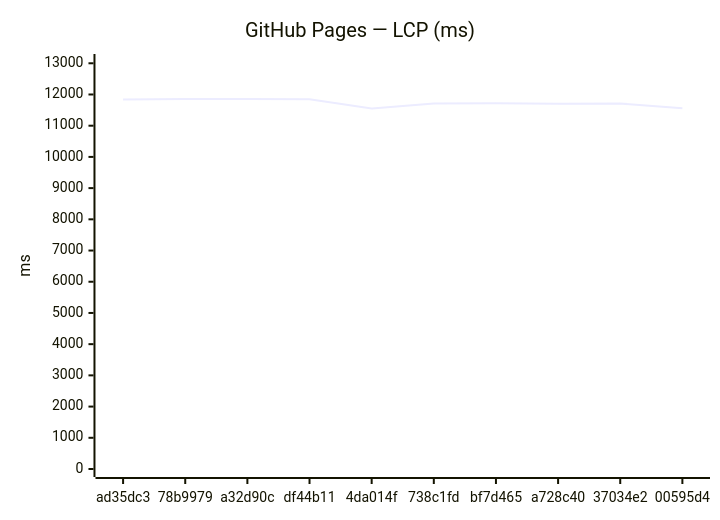
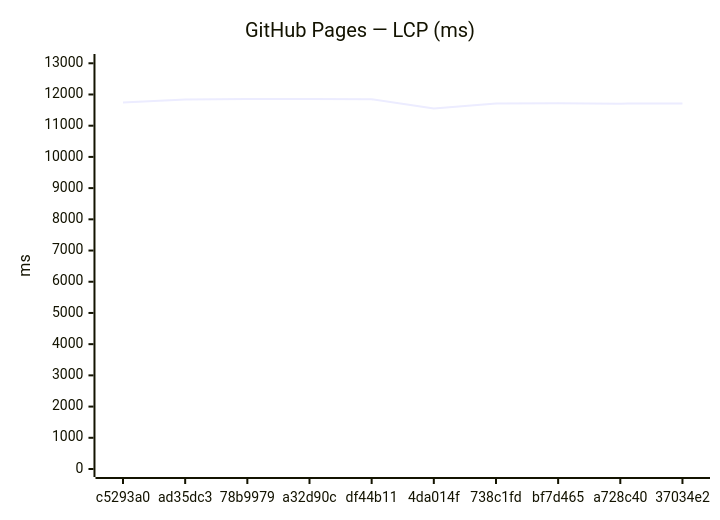
One commit to Metaheurist/Rianell changed the third of 24 diagrams in benchmarks/compare.md. Above: the diagram before and after it, drawn with Mermaid. The commit also changed other lines of this file and 14 other files, not shown here.

````diff
--- a/benchmarks/compare.md
+++ b/benchmarks/compare.md
@@ -54,7 +54,7 @@
 ```mermaid
 xychart-beta
     title "GitHub Pages — LCP (ms)"
-    x-axis ["ad35dc3", "78b9979", "a32d90c", "df44b11", "4da014f", "738c1fd", "bf7d465", "a728c40", "37034e2", "00595d4"]
+    x-axis ["c5293a0", "ad35dc3", "78b9979", "a32d90c", "df44b11", "4da014f", "738c1fd", "bf7d465", "a728c40", "37034e2"]
     y-axis "ms" 0 --> 13041
-    line [11838, 11855, 11852, 11847, 11548, 11710, 11718, 11707, 11710, 11560]
+    line [11742, 11838, 11855, 11852, 11847, 11548, 11710, 11718, 11707, 11710]
 ```
````
